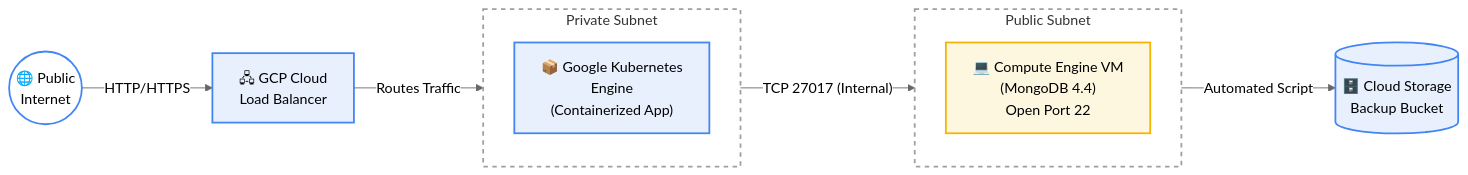
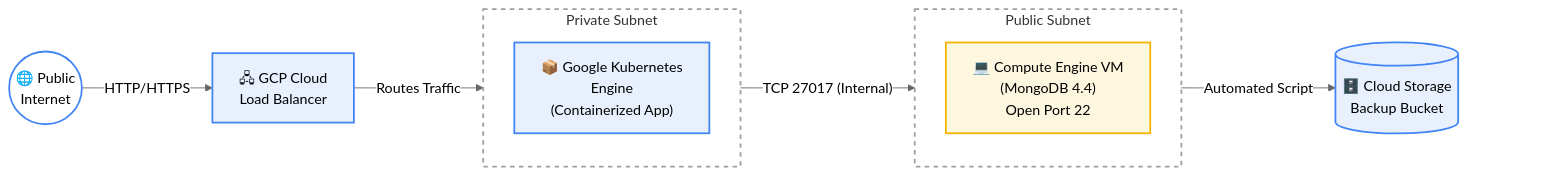
The diagram in README.md (dford-opsec/wiz-lab), drawn with Mermaid (neutral theme) before and after one commit.

````diff
--- a/README.md
+++ b/README.md
@@ -13,35 +13,39 @@
 ```mermaid
 flowchart LR
     %% Define styles mimicking GCP colors
     classDef internet fill:#fff,stroke:#4285F4,stroke-width:2px,color:#000
     classDef lb fill:#e8f0fe,stroke:#4285F4,stroke-width:2px,color:#000
     classDef gke fill:#e8f0fe,stroke:#4285F4,stroke-width:2px,color:#000
     classDef vm fill:#fef7e0,stroke:#F4B400,stroke-width:2px,color:#000
     classDef storage fill:#e8f0fe,stroke:#4285F4,stroke-width:2px,color:#000
     classDef subnet fill:none,stroke:#9aa0a6,stroke-width:2px,stroke-dasharray:5
 
     %% Entities
     Internet(("🌐 Public <br/>Internet")):::internet
     
     LB["🖧 GCP Cloud <br/>Load Balancer"]:::lb
 
     subgraph PrivateSubnet [Private Subnet]
         direction TB
         GKE["📦 Google Kubernetes <br/>Engine <br/>(Containerized App)"]:::gke
     end
     class PrivateSubnet subnet
 
     subgraph PublicSubnet [Public Subnet]
         direction TB
         VM["💻 Compute Engine VM <br/>(MongoDB 4.4)<br/>Open Port 22"]:::vm
     end
     class PublicSubnet subnet
 
     Bucket[("🗄️ Cloud Storage <br/>Backup Bucket")]:::storage
 
     %% Relationships
     Internet -->|"HTTP/HTTPS"| LB
     LB -->|"Routes Traffic"| GKE
     GKE -->|"TCP 27017 (Internal)"| VM
     VM -->|"Automated Script"| Bucket
+    
+    %% Invisible spacer to prevent UI controls from overlapping the rightmost node
+    Bucket ~~~ Spacer[ ]
+    style Spacer fill:none,stroke:none
 ```
````
